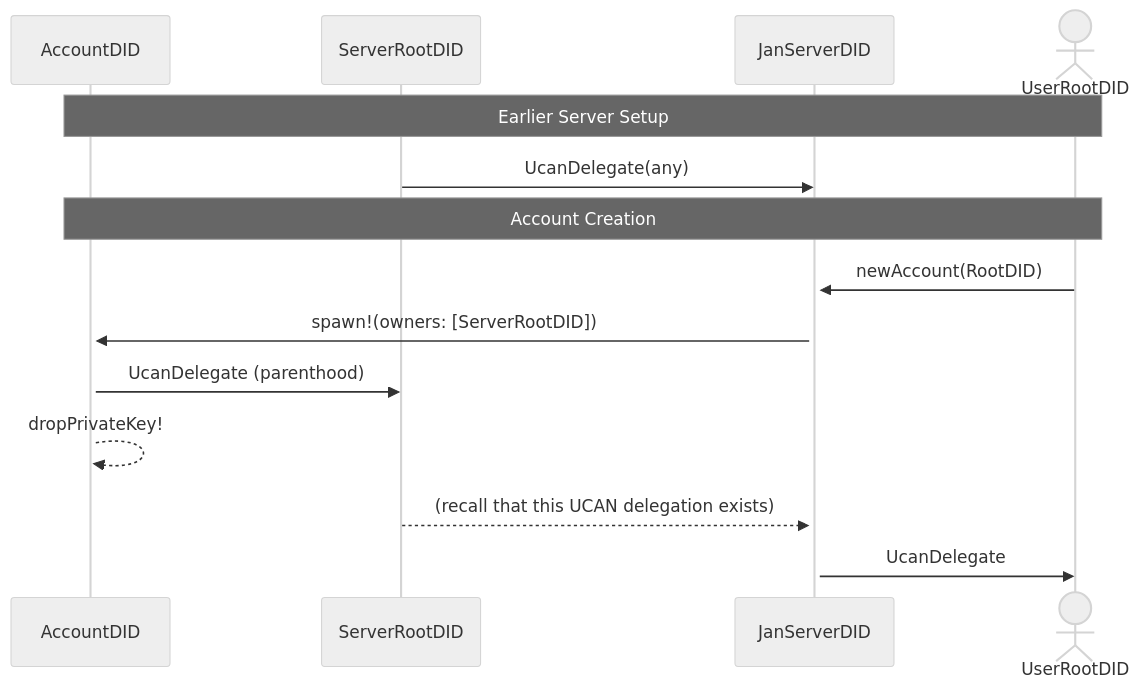
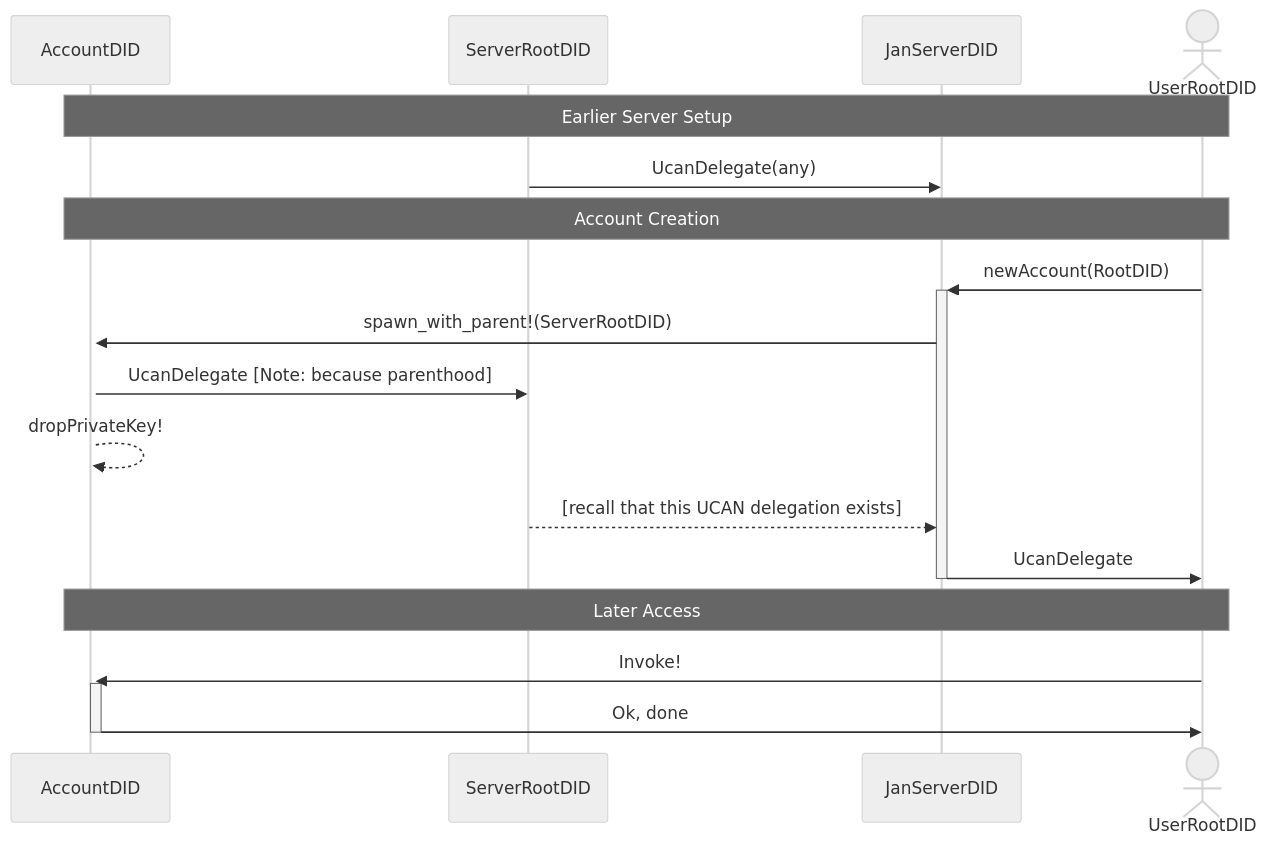
One commit to fission-codes/fission-server changed the second of 3 diagrams in design/README.md. Above: the diagram before and after it, drawn with Mermaid (neutral theme).

Commit message:
Add invocation to UCAN seq

````diff
--- a/design/README.md
+++ b/design/README.md
@@ -81,18 +81,22 @@
 ``` mermaid
 sequenceDiagram
     participant AccountDID
     participant ServerRootDID
     participant JanServerDID
     actor UserRootDID
 
     Note over AccountDID, UserRootDID: Earlier Server Setup
     ServerRootDID ->> JanServerDID: UcanDelegate(any)
 
     Note over AccountDID, UserRootDID: Account Creation
     UserRootDID ->>+ JanServerDID: newAccount(RootDID)
-        JanServerDID ->>+ AccountDID: spawn!(owners: [ServerRootDID])
-        AccountDID ->> ServerRootDID: UcanDelegate (parenthood)
+        JanServerDID ->>+ AccountDID: spawn_with_parent!(ServerRootDID)
+        AccountDID ->> ServerRootDID: UcanDelegate [Note: because parenthood]
         AccountDID -->> AccountDID: dropPrivateKey!
-        ServerRootDID -->> JanServerDID: (recall that this UCAN delegation exists)
-        JanServerDID ->> UserRootDID: UcanDelegate
+        ServerRootDID -->> JanServerDID: [recall that this UCAN delegation exists]
+    JanServerDID ->>- UserRootDID: UcanDelegate
+
+    Note over AccountDID, UserRootDID: Later Access
+    UserRootDID ->>+ AccountDID: Invoke!
+    AccountDID ->>- UserRootDID: Ok, done
 ```
````
